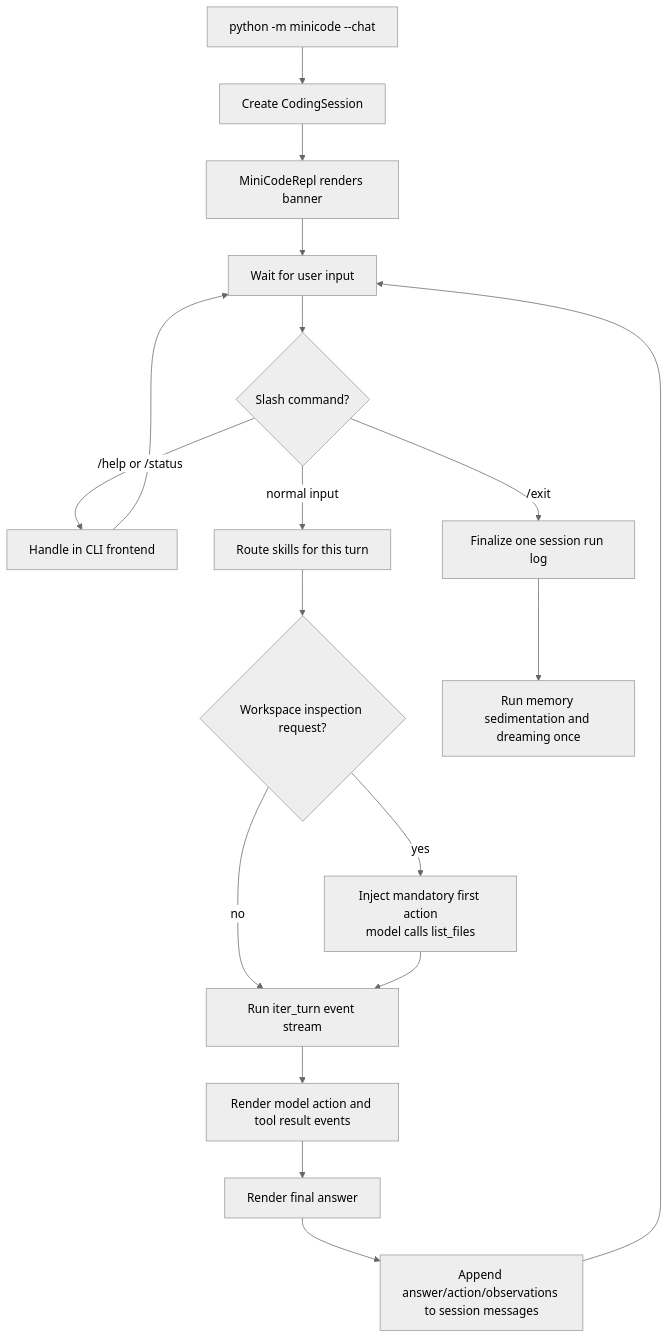
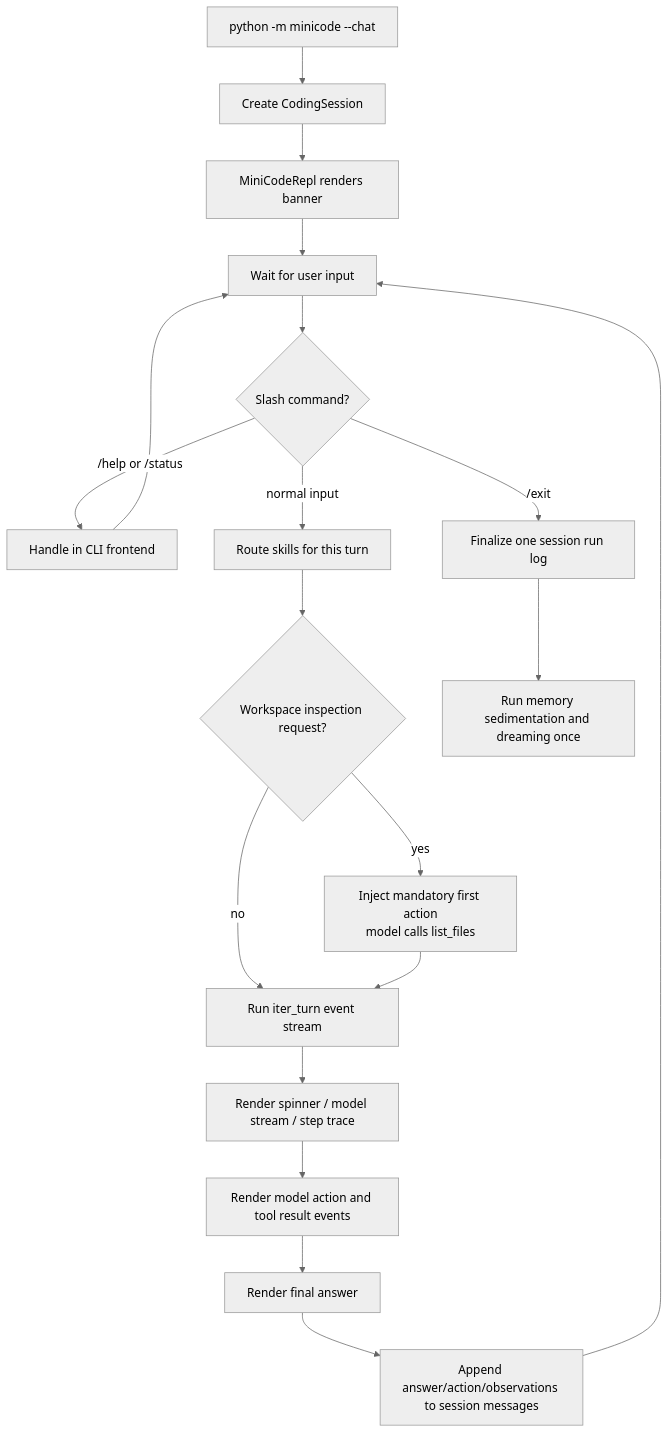
Before and after one commit to Cachuela11/MiniCode: the second of 10 diagrams in README.md, drawn with Mermaid (neutral theme). The commit also changed other lines of this file and 4 other files, not shown here.

````diff
--- a/README.md
+++ b/README.md
@@ -78,20 +81,21 @@
 ```mermaid
 flowchart TD
     A[python -m minicode --chat] --> B[Create CodingSession]
     B --> C[MiniCodeRepl renders banner]
     C --> D[Wait for user input]
     D --> E{Slash command?}
     E -->|/help or /status| F[Handle in CLI frontend]
     F --> D
     E -->|/exit| G[Finalize one session run log]
     E -->|normal input| H[Route skills for this turn]
     H --> P{Workspace inspection request?}
     P -->|yes| Q[Inject mandatory first action<br/>model calls list_files]
     P -->|no| I[Run iter_turn event stream]
     Q --> I
-    I --> J[Render model action and tool result events]
-    J --> K[Render final answer]
-    K --> L[Append answer/action/observations to session messages]
-    L --> D
-    G --> M[Run memory sedimentation and dreaming once]
+    I --> J[Render spinner / model stream / step trace]
+    J --> K[Render model action and tool result events]
+    K --> L[Render final answer]
+    L --> M[Append answer/action/observations to session messages]
+    M --> D
+    G --> N[Run memory sedimentation and dreaming once]
 ```
````
